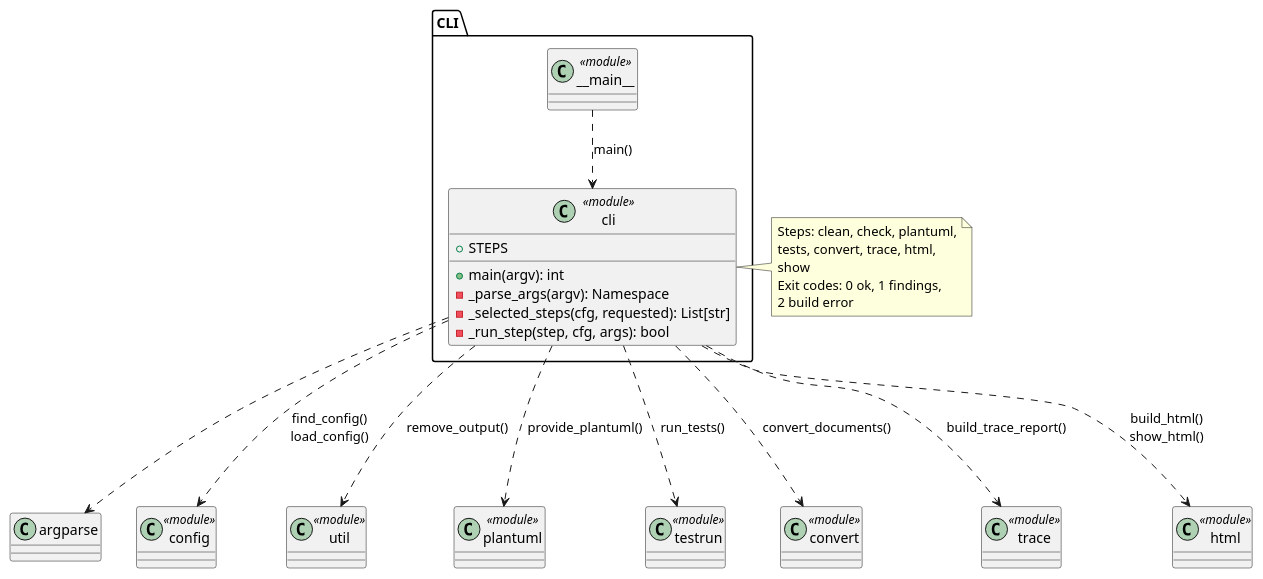
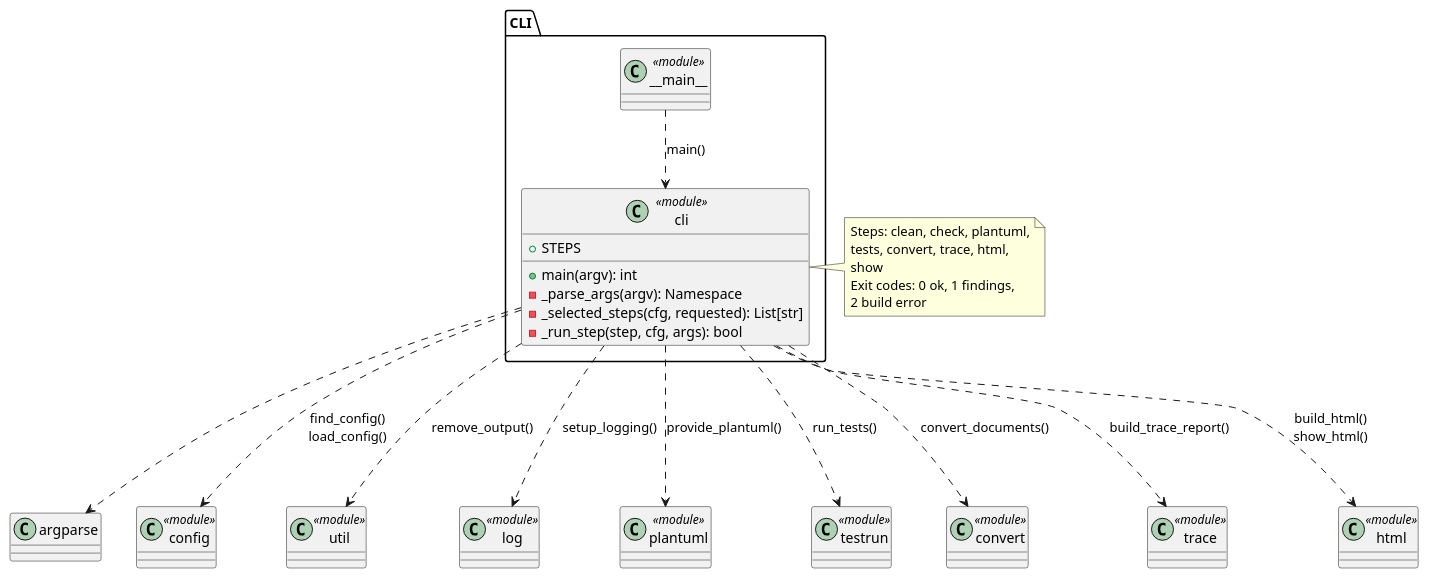
Before and after one commit to nhjschulz/trlc-doc: the diagram in trlc/swe-arch/img/comp_cli.puml, drawn with PlantUML. The commit also changed 24 other files, not shown here.

```diff
--- a/trlc/swe-arch/img/comp_cli.puml
+++ b/trlc/swe-arch/img/comp_cli.puml
@@ -1,42 +1,44 @@
 @startuml comp_cli
 
 package "CLI" {
     class "cli" as cli <<module>> {
         + STEPS
         + main(argv): int
         - _parse_args(argv): Namespace
         - _selected_steps(cfg, requested): List[str]
         - _run_step(step, cfg, args): bool
     }
 
     class "__main__" as main <<module>>
 }
 
 class "argparse" as argparser
 
 class "config" as config <<module>>
 class "util" as util <<module>>
+class "log" as log <<module>>
 class "plantuml" as plantuml <<module>>
 class "testrun" as testrun <<module>>
 class "convert" as convert <<module>>
 class "trace" as trace <<module>>
 class "html" as html <<module>>
 
 main ..> cli : main()
 cli ...> argparser
 cli ...> config : find_config()\nload_config()
 cli ...> util : remove_output()
+cli ...> log : setup_logging()
 cli ...> plantuml : provide_plantuml()
 cli ...> testrun : run_tests()
 cli ...> convert : convert_documents()
 cli ...> trace : build_trace_report()
 cli ...> html : build_html()\nshow_html()
 
 note right of cli
   Steps: clean, check, plantuml,
   tests, convert, trace, html,
   show
   Exit codes: 0 ok, 1 findings,
   2 build error
 end note
 @enduml
```
